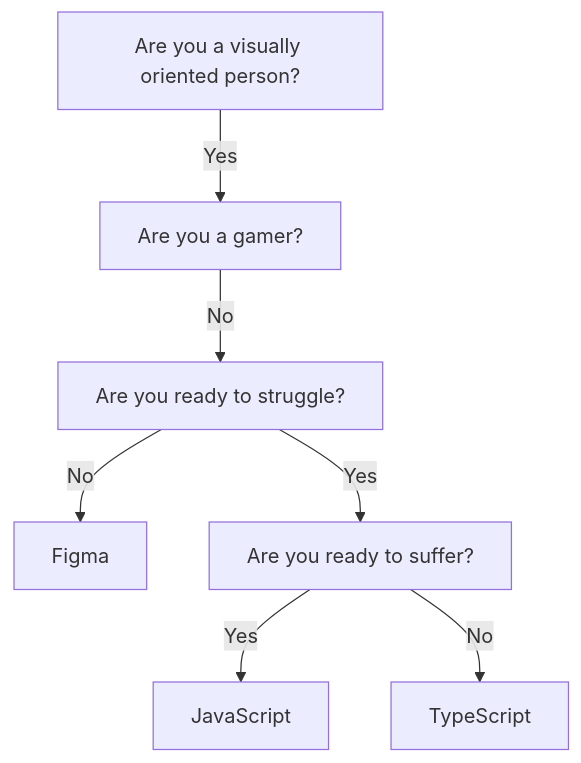
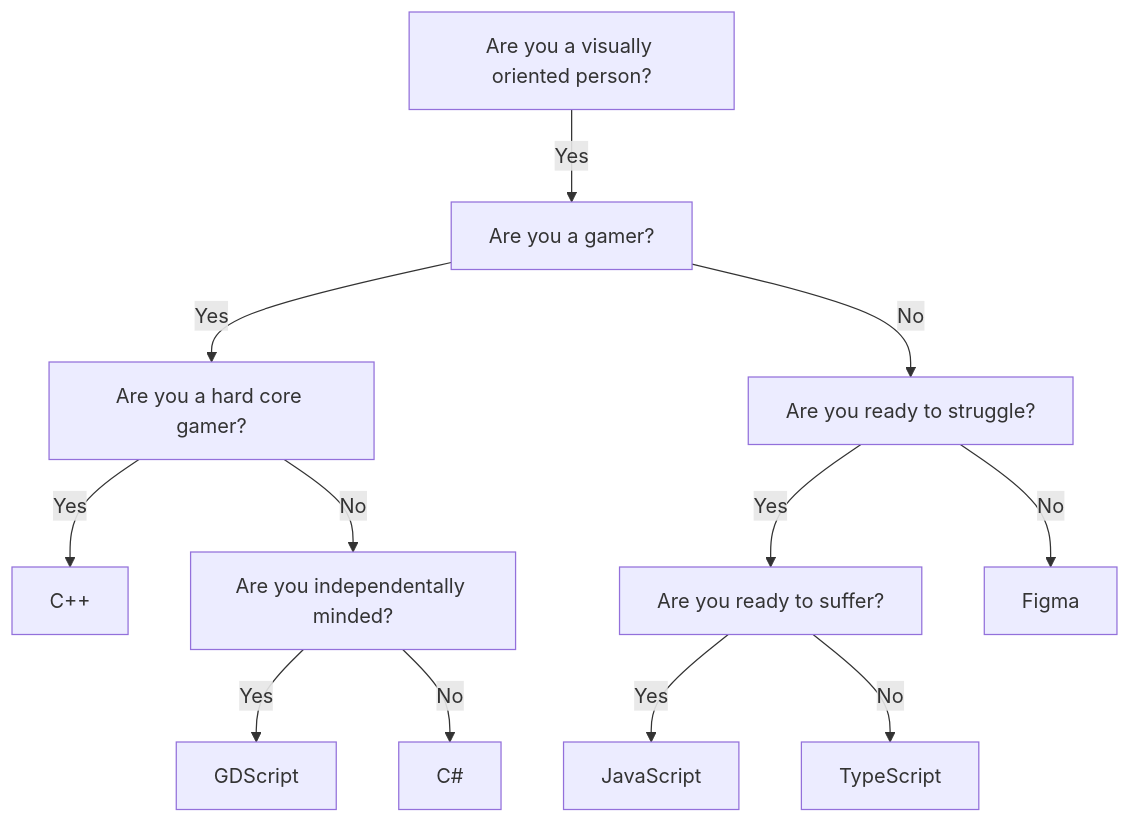
One commit to ykdojo/OpenStream changed the diagram in chart.md. Above: the diagram before and after it, drawn with Mermaid.

````diff
--- a/chart.md
+++ b/chart.md
@@ -1,9 +1,14 @@
 ```mermaid
 graph TD;
-    Start[Are you a visually oriented person?] --> |Yes| Gamer[Are you a gamer?]
-    Gamer --> |No| Non-gamer[Are you ready to struggle?]
-    Non-gamer --> |No| No-struggle[Figma]
-    Non-gamer --> |Yes| Struggle[Are you ready to suffer?]
-    Struggle --> |Yes| JS[JavaScript]
-    Struggle --> |No| TS[TypeScript]
+    Start[Are you a visually oriented person?] --> |Yes| Visual[Are you a gamer?]
+        Visual --> |Yes| Gamer[Are you a hard core gamer?]
+            Gamer --> |Yes| Hard-core-gamer[C++]
+            Gamer --> |No| Soft-core-gamer[Are you independentally minded?]
+                Soft-core-gamer --> |Yes| gd-script[GDScript]
+                Soft-core-gamer --> |No| c-sharp[C#]
+        Visual --> |No| Non-gamer[Are you ready to struggle?]
+            Non-gamer --> |Yes| Struggle[Are you ready to suffer?]
+            Non-gamer --> |No| No-struggle[Figma]
+            Struggle --> |Yes| JS[JavaScript]
+            Struggle --> |No| TS[TypeScript]
 ```
````
